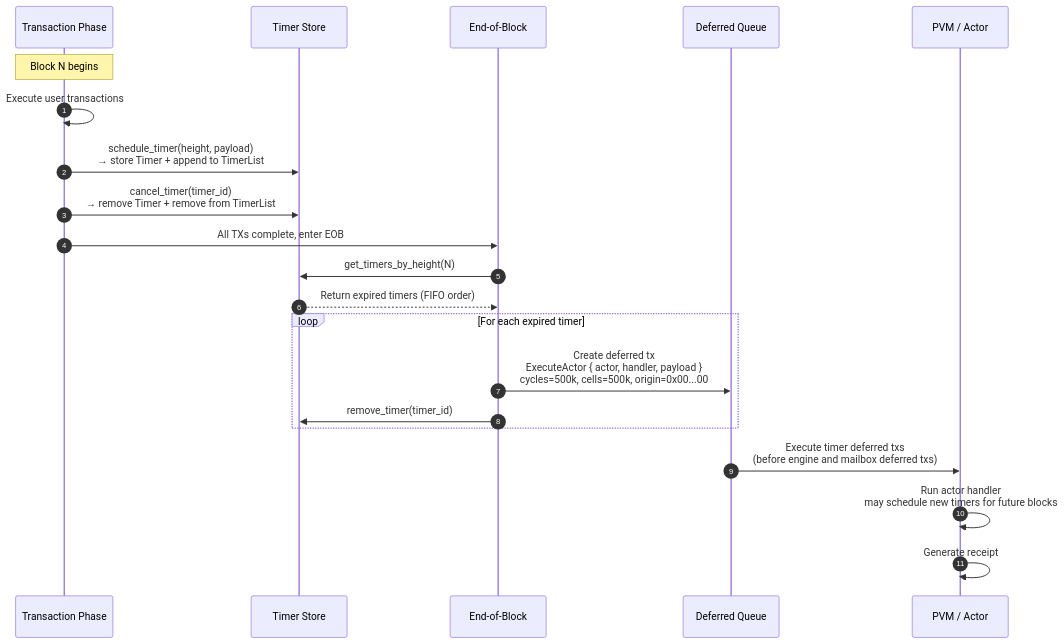
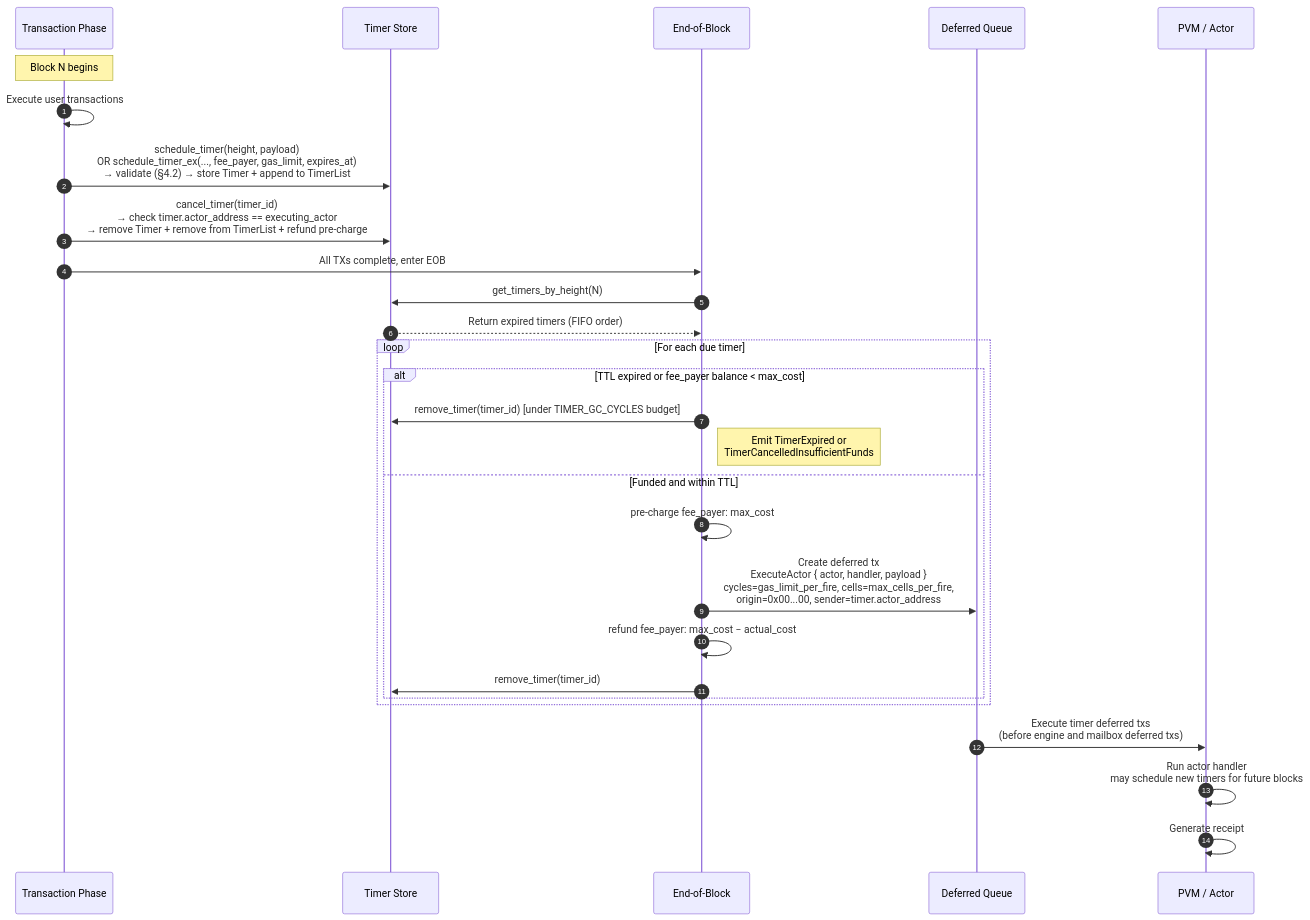
One commit to shawhanken/refs changed the diagram in cips/cip-5-timers.md. Above: the diagram before and after it, drawn with Mermaid. The commit also changed other lines of this file and 3 other files, not shown here.

````diff
--- a/cips/cip-5-timers.md
+++ b/cips/cip-5-timers.md
@@ -327,29 +507,36 @@
 ```mermaid
 sequenceDiagram
     autonumber
     participant TX as Transaction Phase
     participant ST as Timer Store
     participant EOB as End-of-Block
     participant DQ as Deferred Queue
     participant VM as PVM / Actor
 
     Note over TX: Block N begins
 
     TX->>TX: Execute user transactions
-    TX->>ST: schedule_timer(height, payload)<br/>→ store Timer + append to TimerList
-    TX->>ST: cancel_timer(timer_id)<br/>→ remove Timer + remove from TimerList
+    TX->>ST: schedule_timer(height, payload)<br/>OR schedule_timer_ex(..., fee_payer, gas_limit, expires_at)<br/>→ validate (§4.2) → store Timer + append to TimerList
+    TX->>ST: cancel_timer(timer_id)<br/>→ check timer.actor_address == executing_actor<br/>→ remove Timer + remove from TimerList + refund pre-charge
 
     TX->>EOB: All TXs complete, enter EOB
 
     EOB->>ST: get_timers_by_height(N)
     ST-->>EOB: Return expired timers (FIFO order)
 
-    loop For each expired timer
-        EOB->>DQ: Create deferred tx<br/>ExecuteActor { actor, handler, payload }<br/>cycles=500k, cells=500k, origin=0x00...00
-        EOB->>ST: remove_timer(timer_id)
+    loop For each due timer
+        alt TTL expired or fee_payer balance < max_cost
+            EOB->>ST: remove_timer(timer_id) [under TIMER_GC_CYCLES budget]
+            Note right of EOB: Emit TimerExpired or<br/>TimerCancelledInsufficientFunds
+        else Funded and within TTL
+            EOB->>EOB: pre-charge fee_payer: max_cost
+            EOB->>DQ: Create deferred tx<br/>ExecuteActor { actor, handler, payload }<br/>cycles=gas_limit_per_fire, cells=max_cells_per_fire,<br/>origin=0x00...00, sender=timer.actor_address
+            EOB->>EOB: refund fee_payer: max_cost − actual_cost
+            EOB->>ST: remove_timer(timer_id)
+        end
     end
 
     DQ->>VM: Execute timer deferred txs<br/>(before engine and mailbox deferred txs)
     VM->>VM: Run actor handler<br/>may schedule new timers for future blocks
     VM->>VM: Generate receipt
 ```
````
